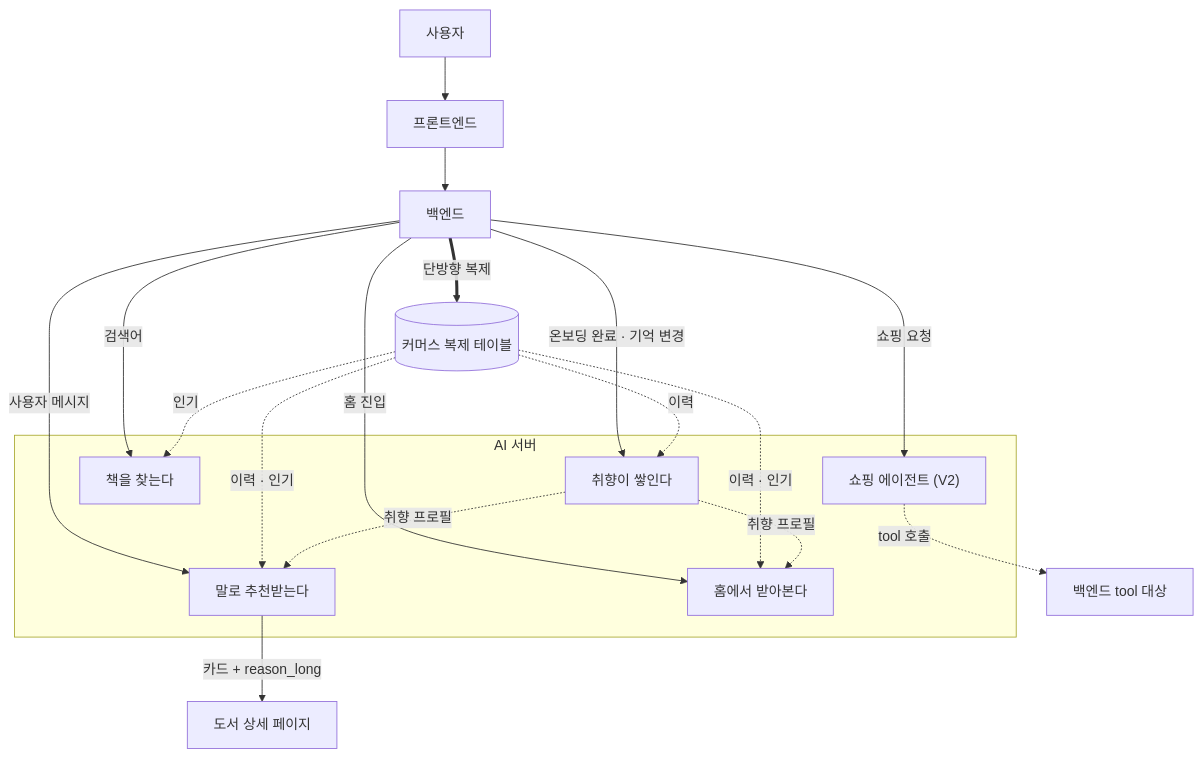
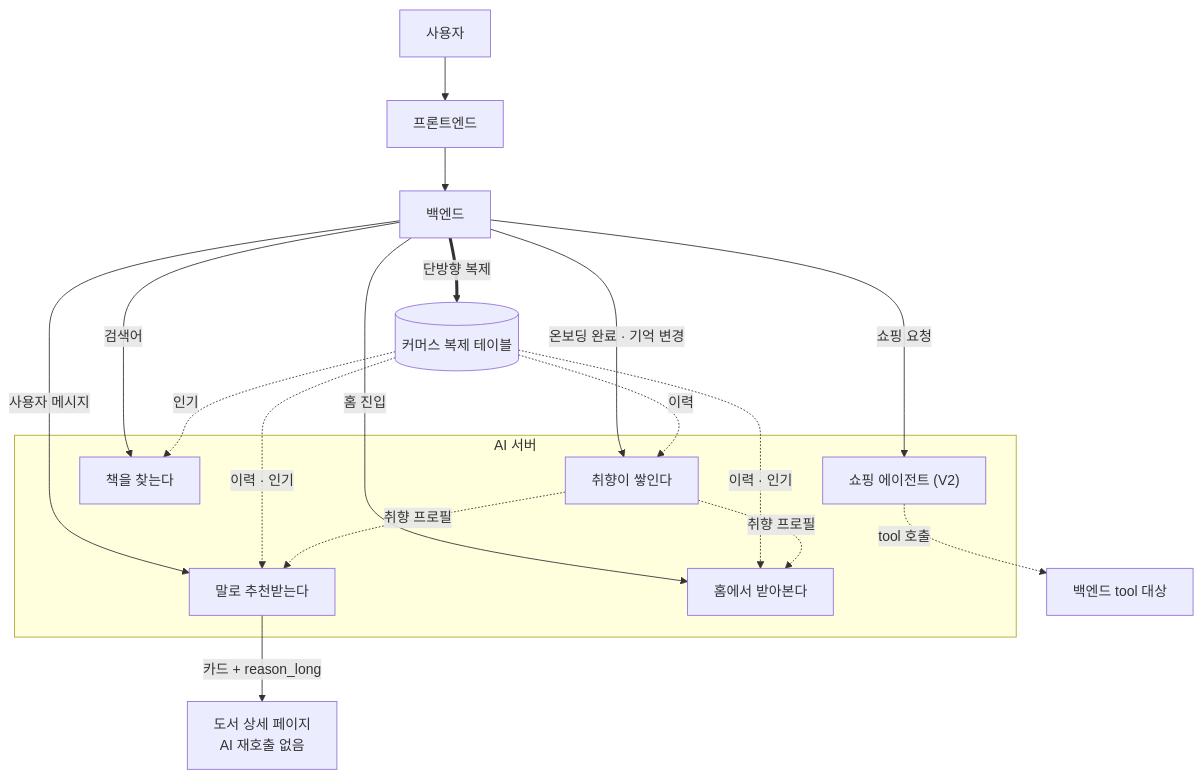
The diagram in docs/ai/1-model-api/spec.md (100-hours-a-week/KTB4-13th-wiki), drawn with Mermaid before and after one commit. The commit also changed other lines of this file and 2 other files, not shown here.

````diff
--- a/docs/ai/1-model-api/spec.md
+++ b/docs/ai/1-model-api/spec.md
@@ -651,26 +567,26 @@
 ```mermaid
 flowchart TB
     U[사용자] --> FE[프론트엔드]
     FE --> BE[백엔드]
     subgraph AI[AI 서버]
         F5[취향이 쌓인다]
         F1[책을 찾는다]
         F2[말로 추천받는다]
         F3[홈에서 받아본다]
         AG["쇼핑 에이전트 (V2)"]
     end
     BE -->|온보딩 완료 · 기억 변경| F5
     BE -->|검색어| F1
     BE -->|사용자 메시지| F2
     BE -->|홈 진입| F3
     BE -->|쇼핑 요청| AG
     BE ==>|단방향 복제| V[(커머스 복제 테이블)]
     V -. 인기 .-> F1
     V -. 이력 · 인기 .-> F2
     V -. 이력 · 인기 .-> F3
     V -. 이력 .-> F5
     F5 -. 취향 프로필 .-> F2
     F5 -. 취향 프로필 .-> F3
-    F2 -->|카드 + reason_long| DET[도서 상세 페이지]
+    F2 -->|카드 + reason_long| DET["도서 상세 페이지<br/>AI 재호출 없음"]
     AG -. tool 호출 .-> COM[백엔드 tool 대상]
 ```
````
